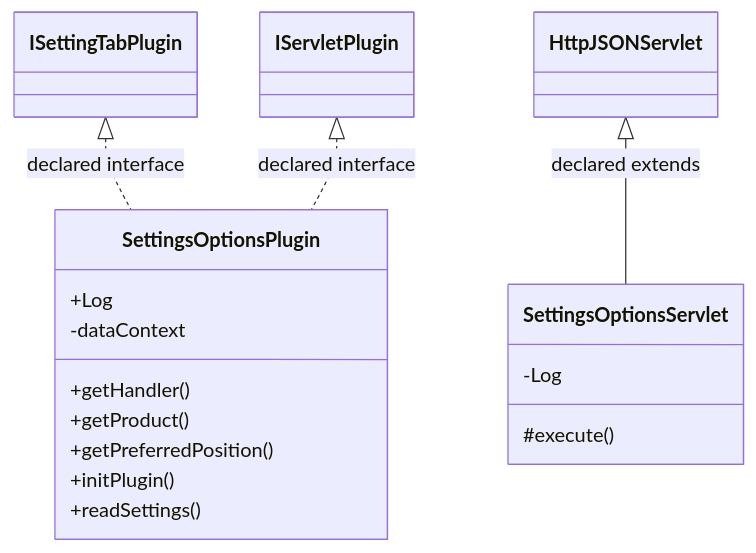
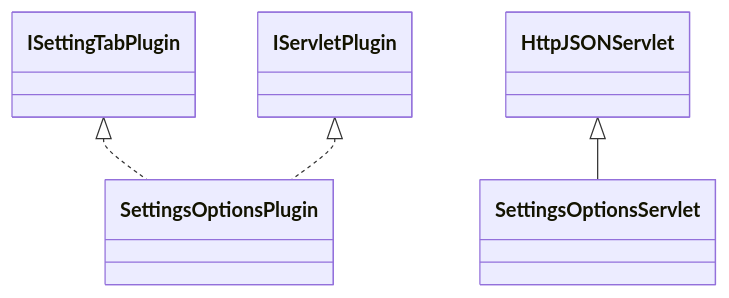
Before and after one commit to haruperi/HaruQuantAI: the diagram in docs/sqx/Shared/SettingsOptions.md, drawn with Mermaid. The commit also changed other lines of this file and 1688 other files, not shown here.

````diff
--- a/docs/sqx/Shared/SettingsOptions.md
+++ b/docs/sqx/Shared/SettingsOptions.md
@@ -30,22 +26,11 @@
 ```mermaid
 classDiagram
-    class C620929c865c4["SettingsOptionsPlugin"] {
-        +Log
-        -dataContext
-        +getHandler()
-        +getProduct()
-        +getPreferredPosition()
-        +initPlugin()
-        +readSettings()
-    }
-    class Cbc3f25827bb5["SettingsOptionsServlet"] {
-        -Log
-        #execute()
-    }
-    class C249b5c671b1a["IServletPlugin"]
-    class C27734eb41505["ISettingTabPlugin"]
-    class C8900f90ae594["HttpJSONServlet"]
-    C27734eb41505 <|.. C620929c865c4 : declared interface
-    C249b5c671b1a <|.. C620929c865c4 : declared interface
-    C8900f90ae594 <|-- Cbc3f25827bb5 : declared extends
+    class C0["SettingsOptionsPlugin"]
+    class C1["SettingsOptionsServlet"]
+    class E0["ISettingTabPlugin"]
+    E0 <|.. C0
+    class E1["IServletPlugin"]
+    E1 <|.. C0
+    class E2["HttpJSONServlet"]
+    E2 <|-- C1
 ```
````
